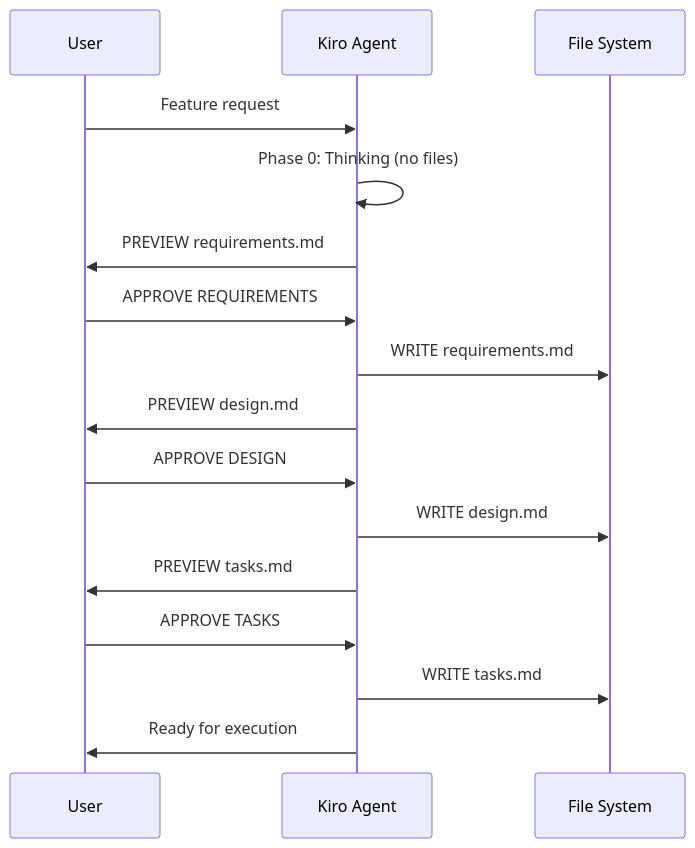
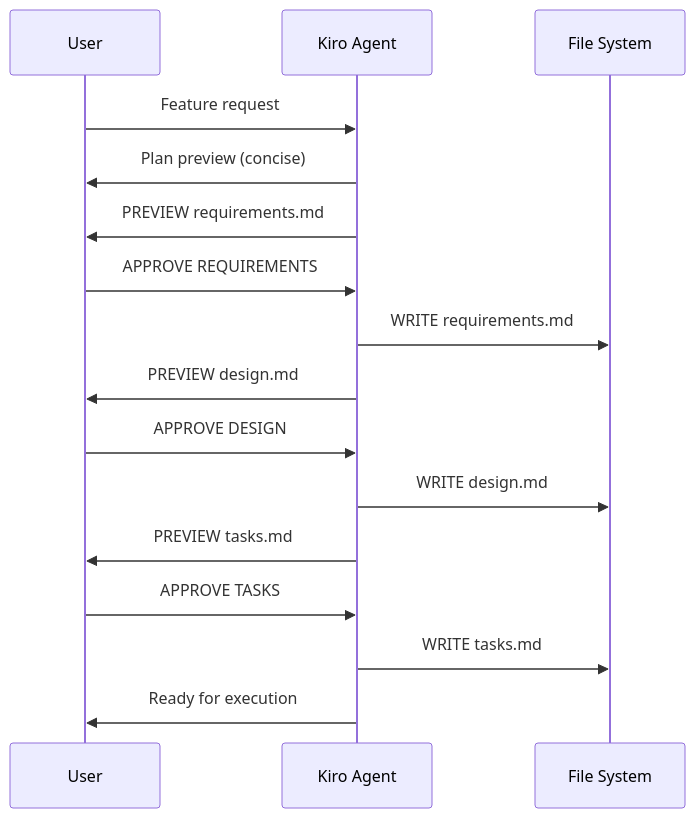
The fourth of 5 diagrams in README.md (bizzkoot/Codex-CLI_Kiro-Bear-Profiles), drawn with Mermaid before and after one commit. The commit also changed other lines of this file and 3 other files, not shown here.

````diff
--- a/README.md
+++ b/README.md
@@ -372,22 +372,22 @@
 ```mermaid
 sequenceDiagram
     participant U as User
     participant K as Kiro Agent
     participant F as File System
 
     U->>K: Feature request
-    K->>K: Phase 0: Thinking (no files)
+    K->>U: Plan preview (concise)
     K->>U: PREVIEW requirements.md
     U->>K: APPROVE REQUIREMENTS
     K->>F: WRITE requirements.md
     
     K->>U: PREVIEW design.md  
     U->>K: APPROVE DESIGN
     K->>F: WRITE design.md
     
     K->>U: PREVIEW tasks.md
     U->>K: APPROVE TASKS  
     K->>F: WRITE tasks.md
     
     K->>U: Ready for execution
 ```
````
